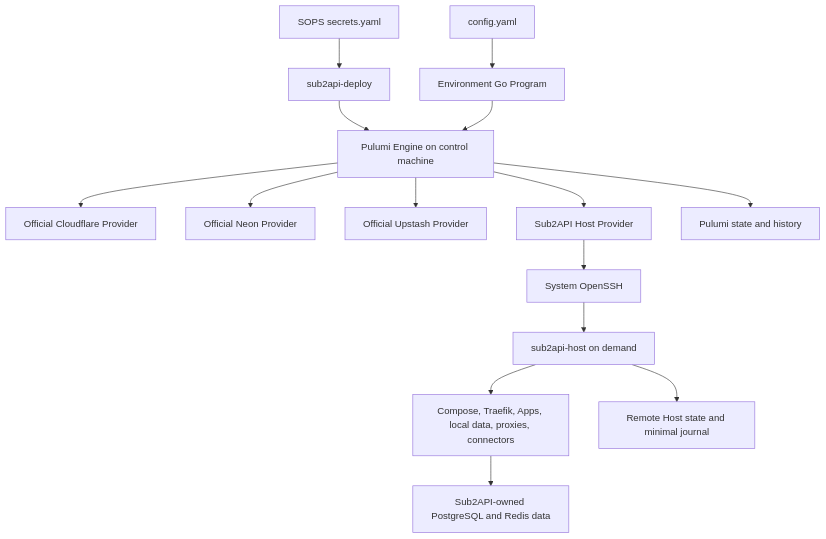
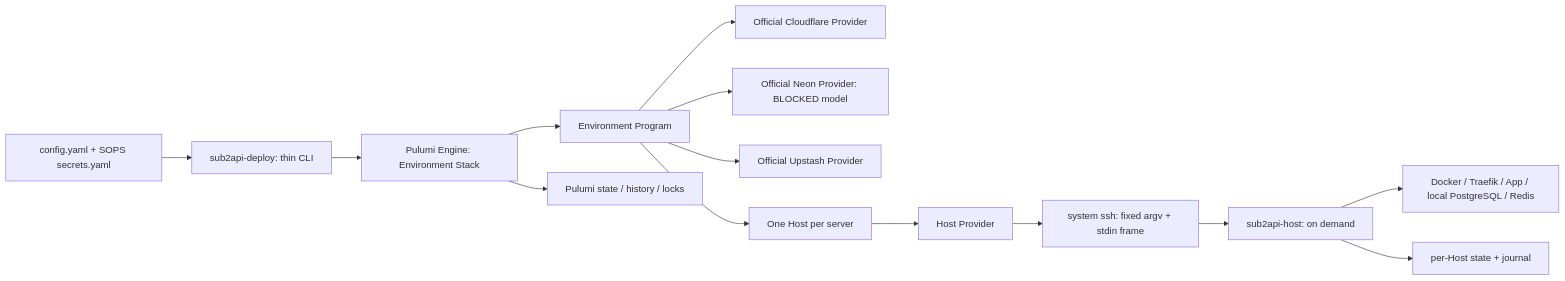
One commit to c-w-xiaohei/sub2api-deploy changed the diagram in docs/specs/001-pulumi-ssh-controller/tech-spec.md. Above: the diagram before and after it, drawn with Mermaid. The commit also changed other lines of this file and 2 other files, not shown here.

Commit message:
Update Pulumi SSH controller delivery specs

````diff
--- a/docs/specs/001-pulumi-ssh-controller/tech-spec.md
+++ b/docs/specs/001-pulumi-ssh-controller/tech-spec.md
@@ -125,20 +62,16 @@
 ```mermaid
-flowchart TB
-    Config[config.yaml] --> Program[Environment Go Program]
-    SecretFile[SOPS secrets.yaml] --> CLI[sub2api-deploy]
-    CLI --> Engine[Pulumi Engine on control machine]
-    Program --> Engine
-
-    Engine --> CF[Official Cloudflare Provider]
-    Engine --> Neon[Official Neon Provider]
-    Engine --> Upstash[Official Upstash Provider]
-    Engine --> HP[Sub2API Host Provider]
-
-    HP --> SSH[System OpenSSH]
-    SSH --> Agent[sub2api-host on demand]
-    Agent --> Runtime[Compose, Traefik, Apps, local data, proxies, connectors]
-    Agent --> RemoteState[Remote Host state and minimal journal]
-
-    Engine --> PulumiState[Pulumi state and history]
-    Runtime --> BusinessData[Sub2API-owned PostgreSQL and Redis data]
+flowchart LR
+  CLI[sub2api-deploy: thin CLI] --> P[Pulumi Engine: Environment Stack]
+  CFG[config.yaml + SOPS secrets.yaml] --> CLI
+  P --> EP[Environment Program]
+  EP --> CF[Official Cloudflare Provider]
+  EP --> NEON[Official Neon Provider: BLOCKED model]
+  EP --> UPS[Official Upstash Provider]
+  EP --> H[One Host per server]
+  H --> HP[Host Provider]
+  HP --> SSH[system ssh: fixed argv + stdin frame]
+  SSH --> RH[sub2api-host: on demand]
+  RH --> RT[Docker / Traefik / App / local PostgreSQL / Redis]
+  RH --> RS[per-Host state + journal]
+  P --> PS[Pulumi state / history / locks]
 ```
````
